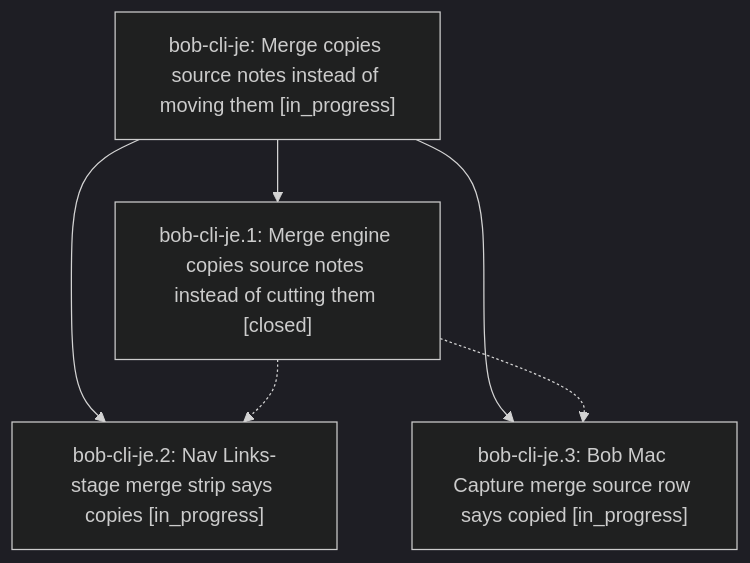
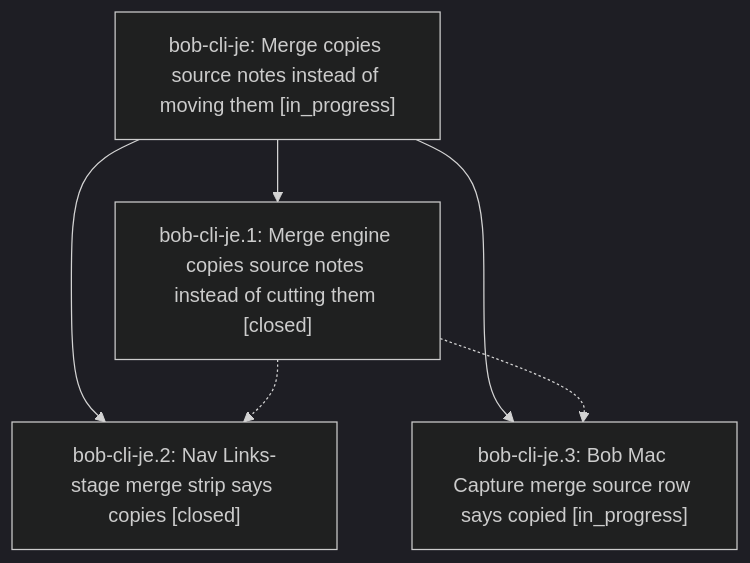
Before and after one commit to bobs-org/bob-cli--beads: the diagram in pages/bob-cli-je/README.md, drawn with Mermaid (dark theme). The commit also changed other lines of this file and 3 other files, not shown here.

First line of the commit message:
chore(beads): sync bead state and pages for bob-cli-je

````diff
--- a/pages/bob-cli-je/README.md
+++ b/pages/bob-cli-je/README.md
@@ -36,12 +38,12 @@
 ```mermaid
 flowchart TD
     n0["bob-cli-je: Merge copies source notes instead of moving them [in_progress]"]
     n1["bob-cli-je.1: Merge engine copies source notes instead of cutting them [closed]"]
-    n2["bob-cli-je.2: Nav Links-stage merge strip says copies [in_progress]"]
+    n2["bob-cli-je.2: Nav Links-stage merge strip says copies [closed]"]
     n3["bob-cli-je.3: Bob Mac Capture merge source row says copied [in_progress]"]
     n0 --> n1
     n0 --> n2
     n0 --> n3
     n1 -.-> n2
     n1 -.-> n3
 ```
````
